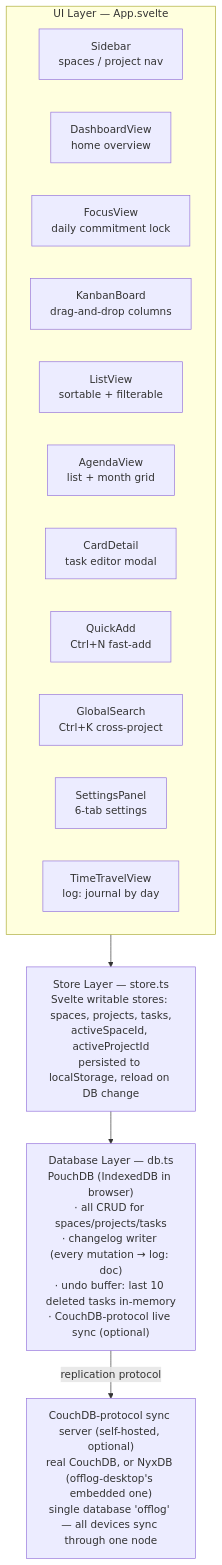
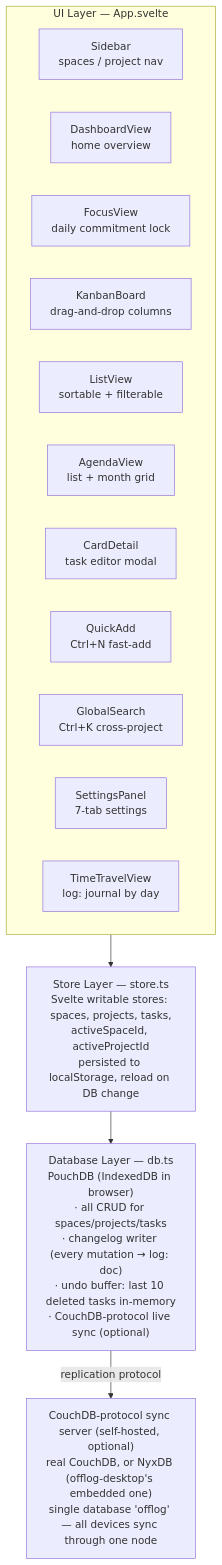
The diagram in docs/TECH.md (hrach-gevorgyan/offlog), drawn with Mermaid before and after one commit. The commit also changed other lines of this file and 9 other files, not shown here.

First line of the commit message:
refactor: split SettingsPanel into per-category components

````diff
--- a/docs/TECH.md
+++ b/docs/TECH.md
@@ -52,22 +52,22 @@
 ```mermaid
 flowchart TB
     subgraph UI["UI Layer — App.svelte"]
         direction LR
         Sidebar["Sidebar<br/>spaces / project nav"]
         Dashboard["DashboardView<br/>home overview"]
         Focus["FocusView<br/>daily commitment lock"]
         Kanban["KanbanBoard<br/>drag-and-drop columns"]
         List["ListView<br/>sortable + filterable"]
         Agenda["AgendaView<br/>list + month grid"]
         Card["CardDetail<br/>task editor modal"]
         Quick["QuickAdd<br/>Ctrl+N fast-add"]
         Search["GlobalSearch<br/>Ctrl+K cross-project"]
-        Settings["SettingsPanel<br/>6-tab settings"]
+        Settings["SettingsPanel<br/>7-tab settings"]
         Time["TimeTravelView<br/>log: journal by day"]
     end
     Store["Store Layer — store.ts<br/>Svelte writable stores: spaces, projects, tasks,<br/>activeSpaceId, activeProjectId<br/>persisted to localStorage, reload on DB change"]
     DB["Database Layer — db.ts<br/>PouchDB (IndexedDB in browser)<br/>· all CRUD for spaces/projects/tasks<br/>· changelog writer (every mutation → log: doc)<br/>· undo buffer: last 10 deleted tasks in-memory<br/>· CouchDB-protocol live sync (optional)"]
     Sync["CouchDB-protocol sync server (self-hosted, optional)<br/>real CouchDB, or NyxDB (offlog-desktop's embedded one)<br/>single database 'offlog' — all devices sync through one node"]
 
     UI --> Store --> DB -->|replication protocol| Sync
 ```
````
